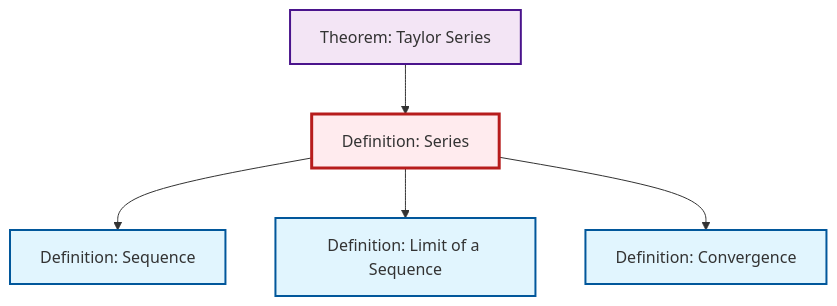
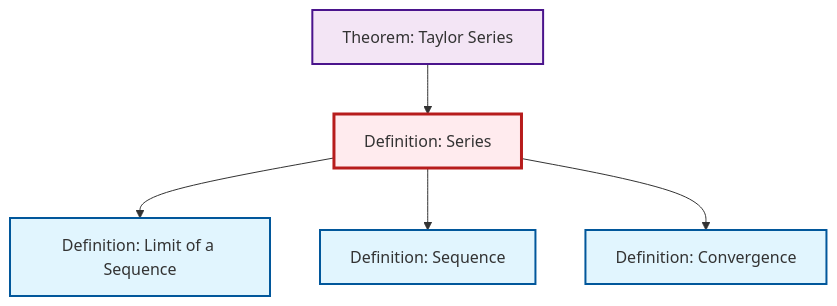
One commit to RK0429/ModernMath changed the diagram in content/ja/analysis/def-series.qmd. Above: the diagram before and after it, drawn with Mermaid. The commit also changed other lines of this file and 654 other files, not shown here.

````diff
--- a/content/ja/analysis/def-series.qmd
+++ b/content/ja/analysis/def-series.qmd
@@ -91,23 +91,23 @@
 ```{mermaid}
 %%| fig-cap: "Local dependency graph"
 graph TD
     classDef definition fill:#e1f5fe,stroke:#01579b,stroke-width:2px
     classDef theorem fill:#f3e5f5,stroke:#4a148c,stroke-width:2px
     classDef axiom fill:#fff3e0,stroke:#e65100,stroke-width:2px
     classDef example fill:#e8f5e9,stroke:#1b5e20,stroke-width:2px
     classDef current fill:#ffebee,stroke:#b71c1c,stroke-width:3px
     def-convergence["Definition: Convergence"]:::definition
+    def-series["Definition: Series"]:::definition
+    thm-taylor-series["Theorem: Taylor Series"]:::theorem
+    def-limit["Definition: Limit of a Sequence"]:::definition
     def-sequence["Definition: Sequence"]:::definition
-    def-series["Definition: Series"]:::definition
-    def-limit["Definition: Limit of a Sequence"]:::definition
-    thm-taylor-series["Theorem: Taylor Series"]:::theorem
+    def-series --> def-limit
     def-series --> def-sequence
     thm-taylor-series --> def-series
-    def-series --> def-limit
     def-series --> def-convergence
     class def-series current
     click def-convergence "def-convergence.html" "Definition: Convergenceへ"
+    click thm-taylor-series "thm-taylor-series.html" "Theorem: Taylor Seriesへ"
+    click def-limit "def-limit.html" "Definition: Limit of a Sequenceへ"
     click def-sequence "def-sequence.html" "Definition: Sequenceへ"
-    click def-limit "def-limit.html" "Definition: Limit of a Sequenceへ"
-    click thm-taylor-series "thm-taylor-series.html" "Theorem: Taylor Seriesへ"
 ```
````
